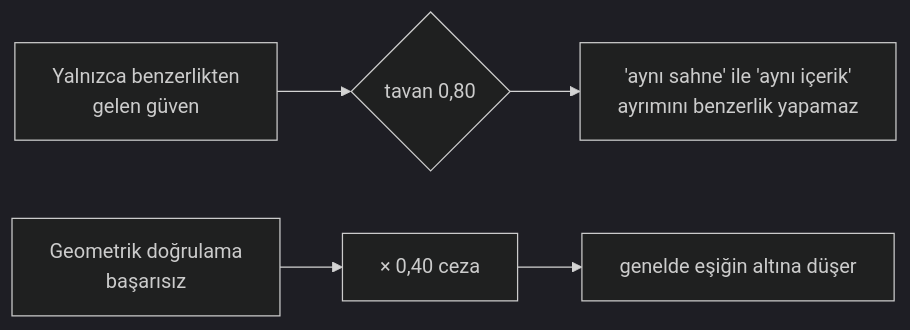
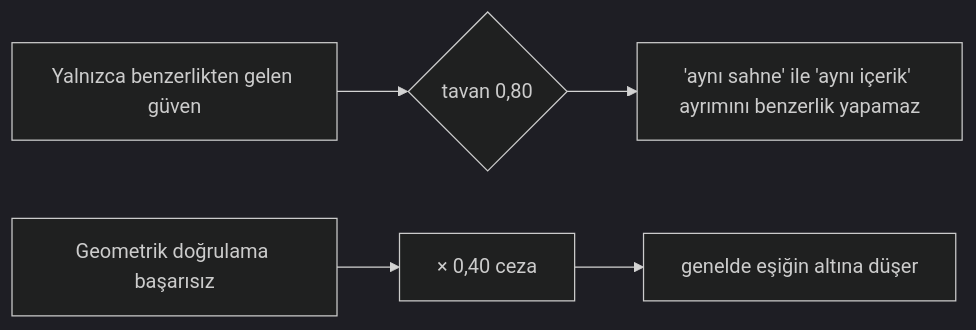
One commit to hamzabdk36-cyber/N-Emek changed the third of 8 diagrams in docs/MIMARI.md. Above: the diagram before and after it, drawn with Mermaid (dark theme). The commit also changed other lines of this file, not shown here.

````diff
--- a/docs/MIMARI.md
+++ b/docs/MIMARI.md
@@ -103,7 +103,7 @@
 ```mermaid
 flowchart LR
-    A["Yalnızca benzerlikten<br/>gelen güven"] --> B{"tavan 0,80"}
-    B --> C["'aynı sahne' ile 'aynı içerik'<br/>ayrımını benzerlik yapamaz"]
-    D["Geometrik doğrulama<br/>başarısız"] --> E["× 0,40 ceza"]
+    A["Yalnızca benzerlikten gelen güven"] --> B{"tavan 0,80"}
+    B --> C["'aynı sahne' ile 'aynı içerik' ayrımını benzerlik yapamaz"]
+    D["Geometrik doğrulama başarısız"] --> E["× 0,40 ceza"]
     E --> F["genelde eşiğin altına düşer"]
 ```
````
